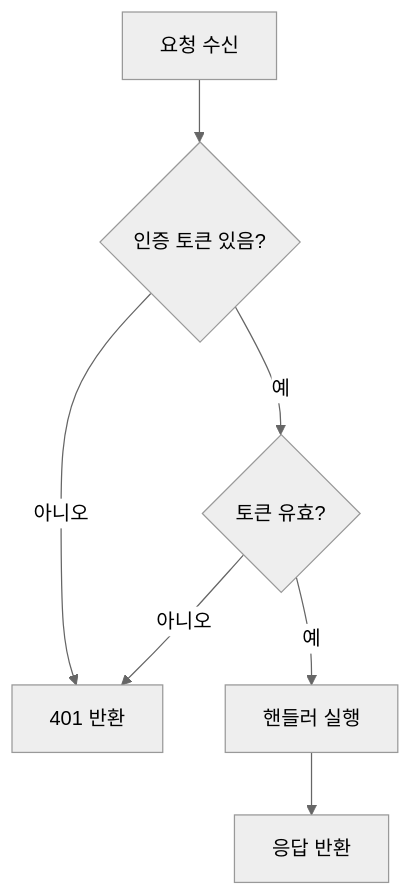
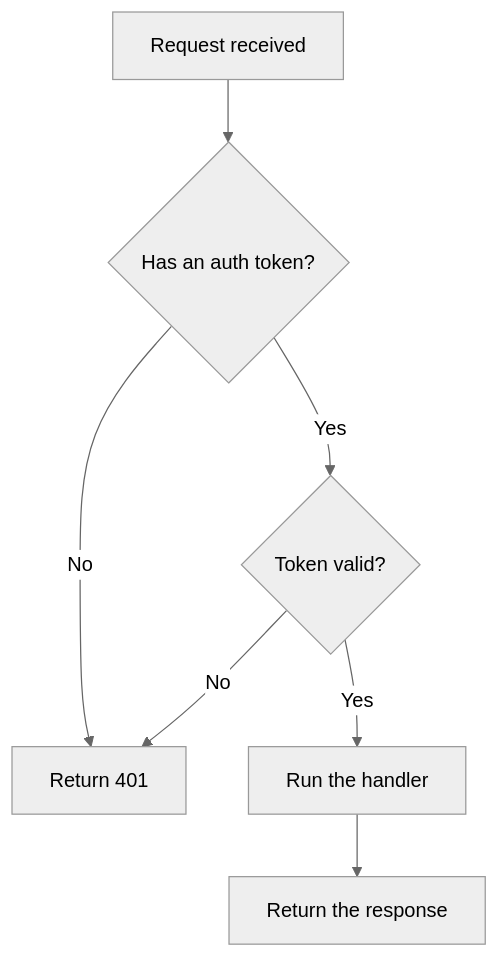
Before and after one commit to jeonck/toolian: the first of 5 diagrams in content/docs/writing/mermaid.md, drawn with Mermaid (neutral theme). The commit also changed other lines of this file and 62 other files, not shown here.

````diff
--- a/content/docs/writing/mermaid.md
+++ b/content/docs/writing/mermaid.md
@@ -32,9 +32,9 @@
 ```mermaid
 flowchart TD
-    A[요청 수신] --> B{인증 토큰 있음?}
-    B -->|아니오| C[401 반환]
-    B -->|예| D{토큰 유효?}
-    D -->|아니오| C
-    D -->|예| E[핸들러 실행]
-    E --> F[응답 반환]
+    A[Request received] --> B{Has an auth token?}
+    B -->|No| C[Return 401]
+    B -->|Yes| D{Token valid?}
+    D -->|No| C
+    D -->|Yes| E[Run the handler]
+    E --> F[Return the response]
 ```
````
